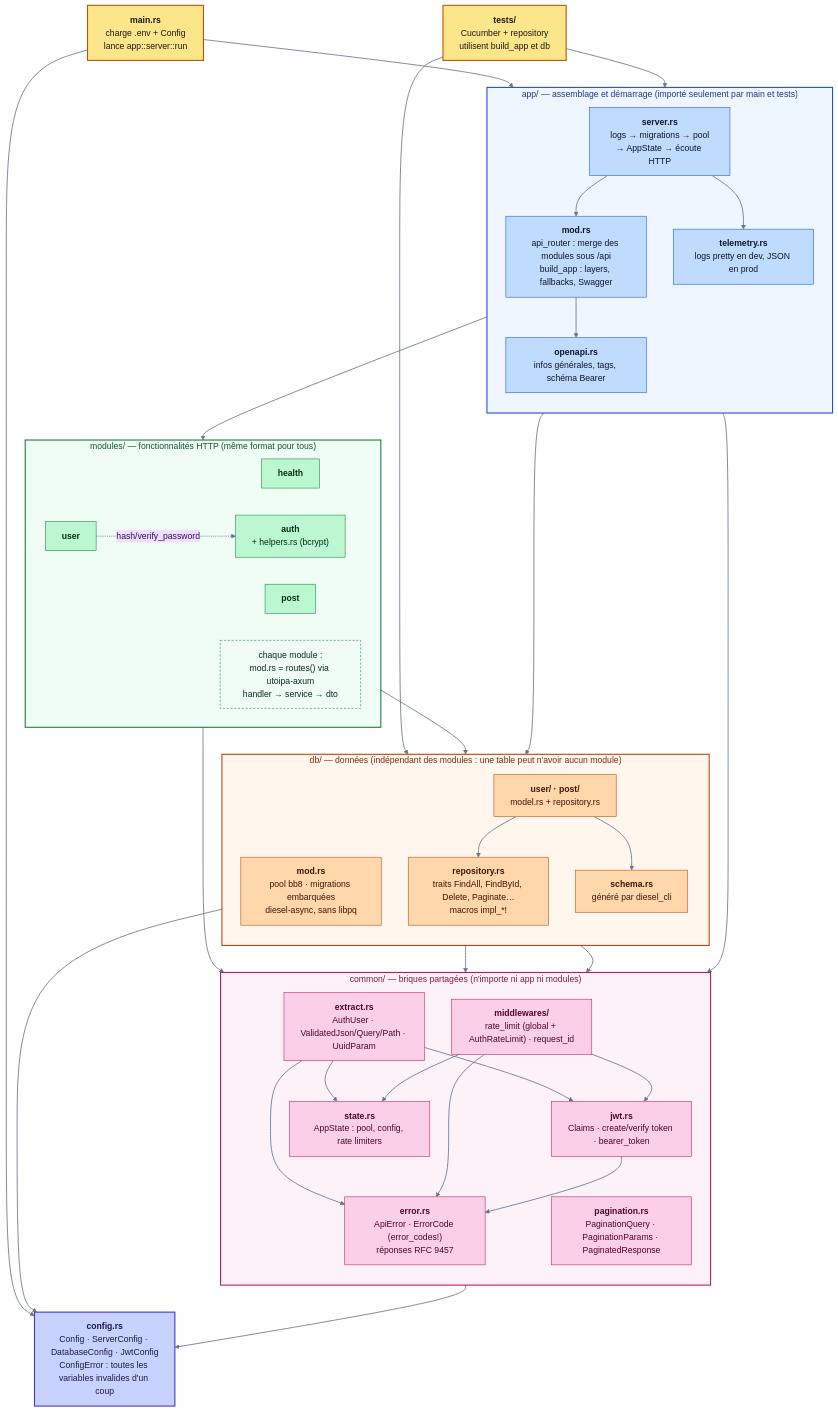
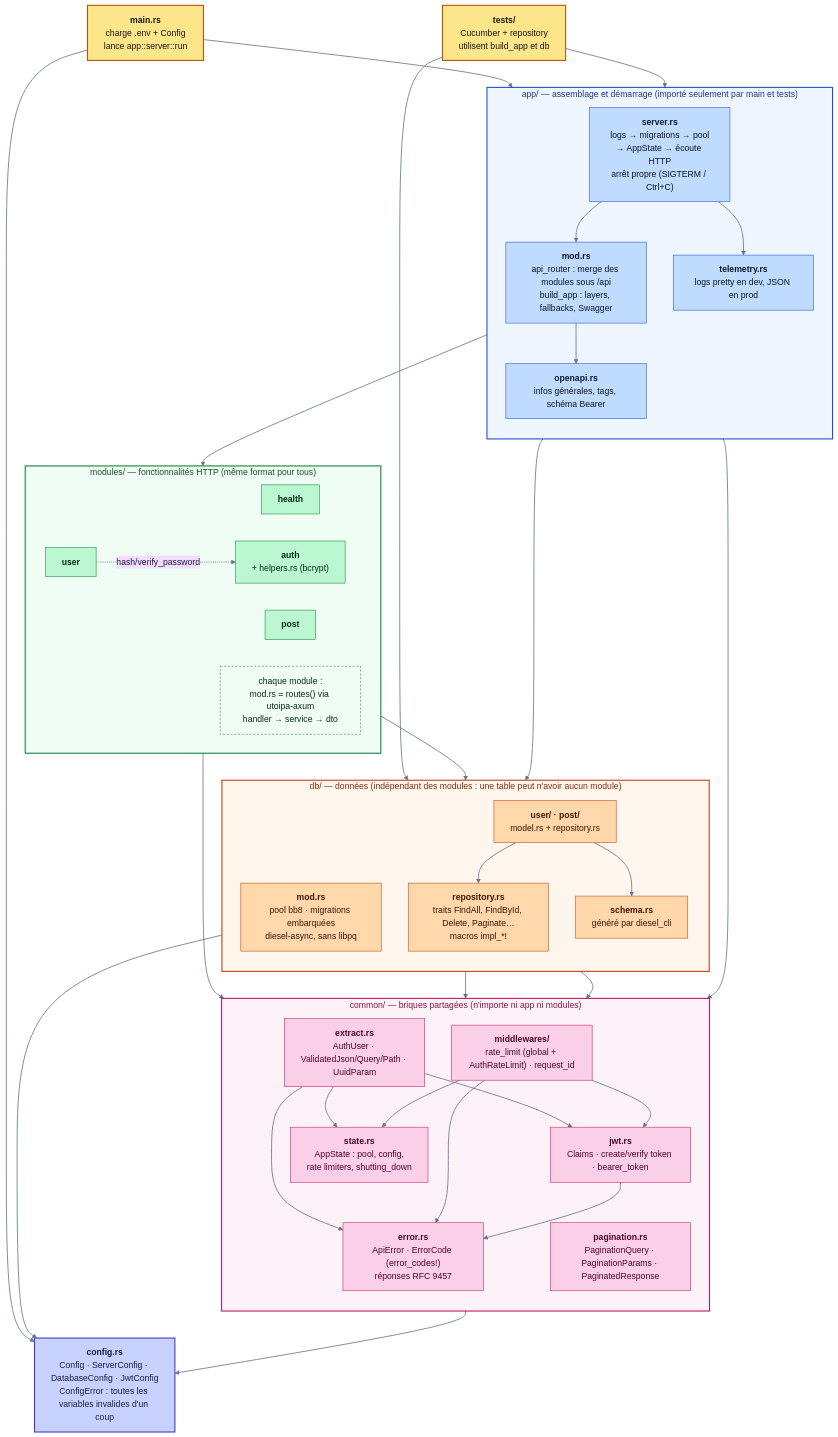
The diagram in README.md (evanferron/rust-api-template), drawn with Mermaid (base theme) before and after one commit. The commit also changed other lines of this file and 2 other files, not shown here.

```diff
--- a/README.md
+++ b/README.md
@@ -87,7 +95,7 @@
     %% ───────────── app/ ─────────────
     subgraph APP["app/ — assemblage et démarrage (importé seulement par main et tests)"]
         direction TB
-        server["<b>server.rs</b><br/>logs → migrations → pool<br/>→ AppState → écoute HTTP"]
+        server["<b>server.rs</b><br/>logs → migrations → pool<br/>→ AppState → écoute HTTP<br/>arrêt propre (SIGTERM / Ctrl+C)"]
         appmod["<b>mod.rs</b><br/>api_router : merge des modules sous /api<br/>build_app : layers, fallbacks, Swagger"]
         openapi["<b>openapi.rs</b><br/>infos générales, tags, schéma Bearer"]
         telemetry["<b>telemetry.rs</b><br/>logs pretty en dev, JSON en prod"]
@@ -113,7 +121,7 @@
         extract["<b>extract.rs</b><br/>AuthUser · ValidatedJson/Query/Path · UuidParam"]
         jwt["<b>jwt.rs</b><br/>Claims · create/verify token · bearer_token"]
         pagination["<b>pagination.rs</b><br/>PaginationQuery · PaginationParams · PaginatedResponse"]
-        state["<b>state.rs</b><br/>AppState : pool, config, rate limiters"]
+        state["<b>state.rs</b><br/>AppState : pool, config,<br/>rate limiters, shutting_down"]
         mw["<b>middlewares/</b><br/>rate_limit (global + AuthRateLimit) · request_id"]
         extract --> jwt
         extract --> state
```
